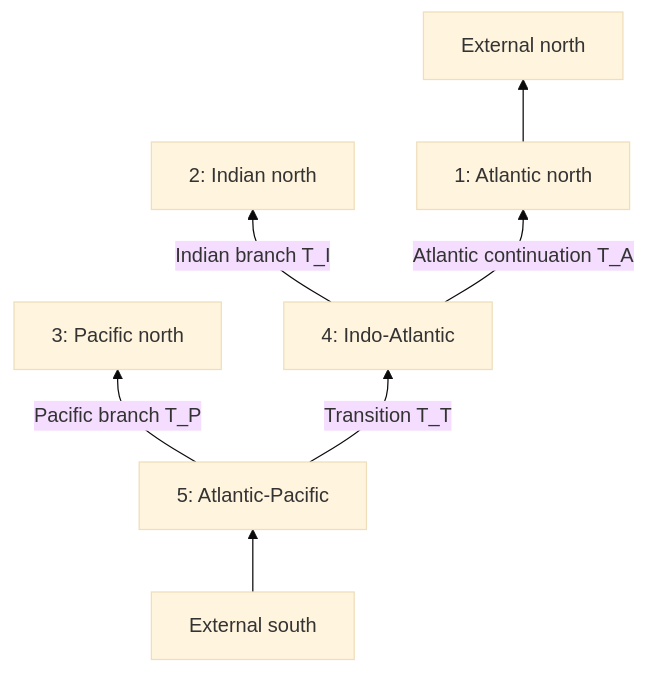
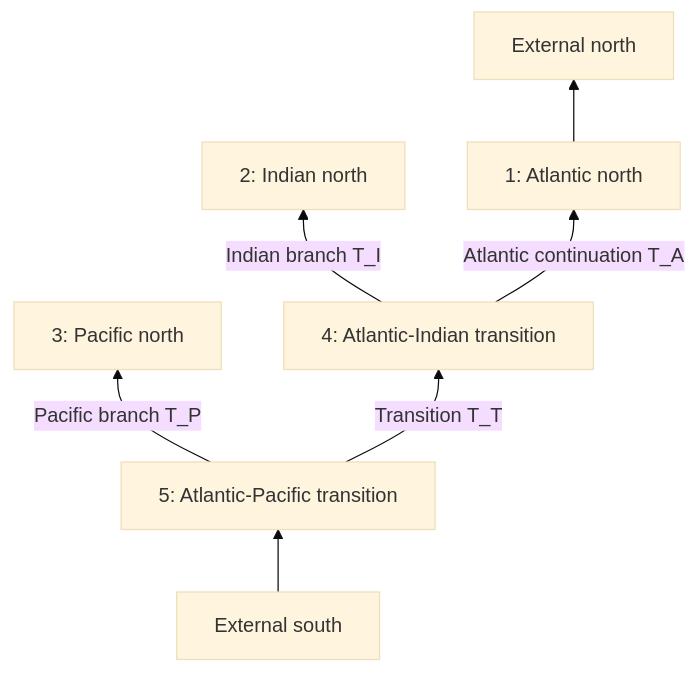
One commit to andrewwatford/MOCAdjustmentTheory changed the diagram in docs/specifications/model_architecture.md. Above: the diagram before and after it, drawn with Mermaid (base theme). The commit also changed other lines of this file and 3 other files, not shown here.

Commit message:
Address architecture specification review

````diff
--- a/docs/specifications/model_architecture.md
+++ b/docs/specifications/model_architecture.md
@@ -109,9 +114,9 @@
 ```mermaid
 flowchart BT
-    S["External south"] --> R5["5: Atlantic-Pacific"]
+    S["External south"] --> R5["5: Atlantic-Pacific transition"]
     R5 -->|"Pacific branch T_P"| R3["3: Pacific north"]
-    R5 -->|"Transition T_T"| R4["4: Indo-Atlantic"]
+    R5 -->|"Transition T_T"| R4["4: Atlantic-Indian transition"]
     R4 -->|"Indian branch T_I"| R2["2: Indian north"]
     R4 -->|"Atlantic continuation T_A"| R1["1: Atlantic north"]
     R1 --> N["External north"]
 ```
````
